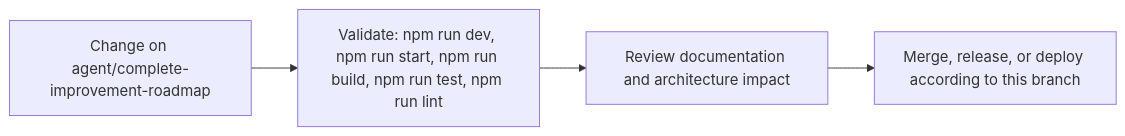
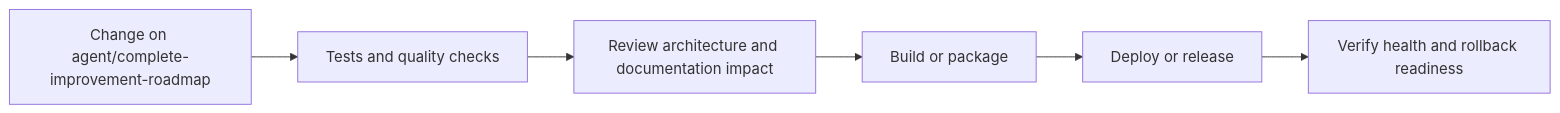
The fifth of 6 diagrams in README.md (Nischhalsubba/BindForge-NW), drawn with Mermaid before and after one commit. The commit also changed other lines of this file, not shown here.

````diff
--- a/README.md
+++ b/README.md
@@ -88,8 +184,8 @@
 ```mermaid
 flowchart LR
-    CHANGE["Change on agent/complete-improvement-roadmap"]
-    CHECK["Validate: npm run dev, npm run start, npm run build, npm run test, npm run lint"]
-    REVIEW["Review documentation and architecture impact"]
-    RELEASE["Merge, release, or deploy according to this branch"]
-    CHANGE --> CHECK --> REVIEW --> RELEASE
+    CHANGE["Change on agent/complete-improvement-roadmap"] --> CHECK["Tests and quality checks"]
+    CHECK --> REVIEW["Review architecture and documentation impact"]
+    REVIEW --> BUILD["Build or package"]
+    BUILD --> DEPLOY["Deploy or release"]
+    DEPLOY --> VERIFY["Verify health and rollback readiness"]
 ```
````
